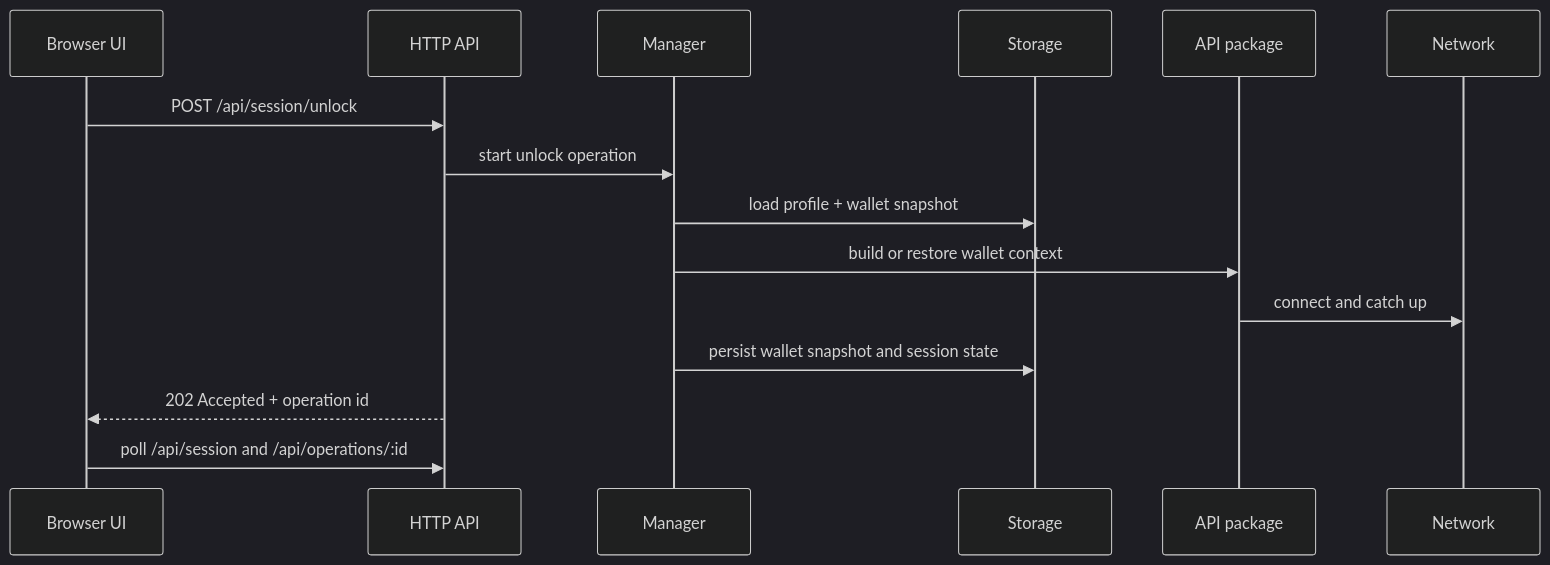
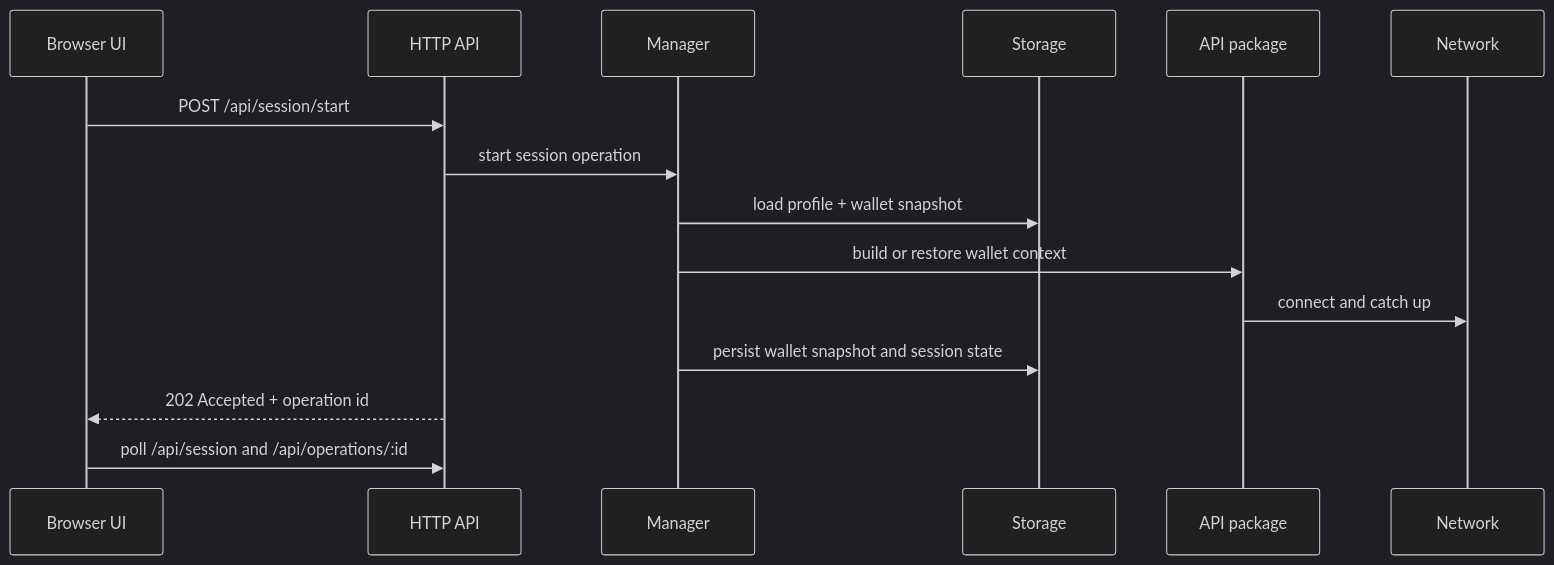
One commit to midnightntwrk/midnight-did changed the seventh of 8 diagrams in docs-site/architecture/did-manager-service.md. Above: the diagram before and after it, drawn with Mermaid (dark theme). The commit also changed other lines of this file and 20 other files, not shown here.

First line of the commit message:
feat(manager): adopt start/close session model and harden runtime

````diff
--- a/docs-site/architecture/did-manager-service.md
+++ b/docs-site/architecture/did-manager-service.md
@@ -298,18 +298,18 @@
 ```mermaid
 sequenceDiagram
   participant UI as Browser UI
   participant HTTP as HTTP API
   participant M as Manager
   participant S as Storage
   participant A as API package
   participant N as Network
 
-  UI->>HTTP: POST /api/session/unlock
-  HTTP->>M: start unlock operation
+  UI->>HTTP: POST /api/session/start
+  HTTP->>M: start session operation
   M->>S: load profile + wallet snapshot
   M->>A: build or restore wallet context
   A->>N: connect and catch up
   M->>S: persist wallet snapshot and session state
   HTTP-->>UI: 202 Accepted + operation id
   UI->>HTTP: poll /api/session and /api/operations/:id
 ```
````
